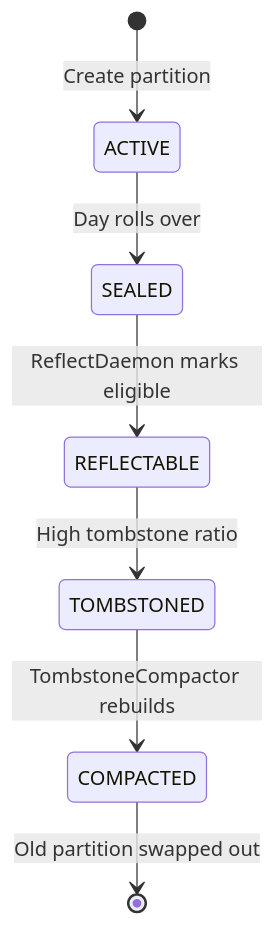
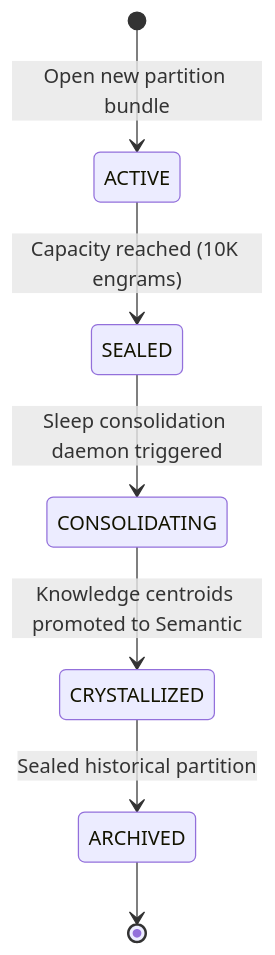
The second of 2 diagrams in docs/docs/memory/cortex.md (spectrayan/spector), drawn with Mermaid before and after one commit. The commit also changed other lines of this file and 15 other files, not shown here.

````diff
--- a/docs/docs/memory/cortex.md
+++ b/docs/docs/memory/cortex.md
@@ -92,9 +74,9 @@
 ```mermaid
 stateDiagram-v2
-    [*] --> ACTIVE: Create partition
-    ACTIVE --> SEALED: Day rolls over
-    SEALED --> REFLECTABLE: ReflectDaemon marks eligible
-    REFLECTABLE --> TOMBSTONED: High tombstone ratio
-    TOMBSTONED --> COMPACTED: TombstoneCompactor rebuilds
-    COMPACTED --> [*]: Old partition swapped out
+    [*] --> ACTIVE: Open new partition bundle
+    ACTIVE --> SEALED: Capacity reached (10K engrams)
+    SEALED --> CONSOLIDATING: Sleep consolidation daemon triggered
+    CONSOLIDATING --> CRYSTALLIZED: Knowledge centroids promoted to Semantic
+    CRYSTALLIZED --> ARCHIVED: Sealed historical partition
+    ARCHIVED --> [*]
 ```
````
